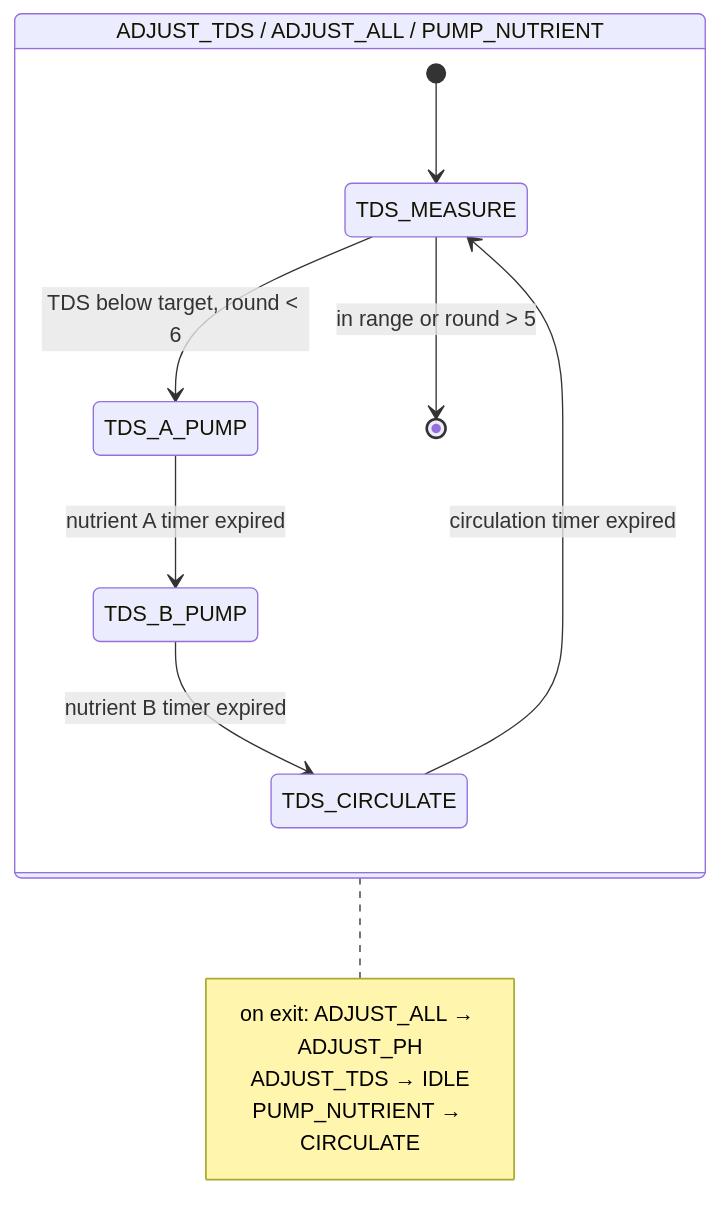
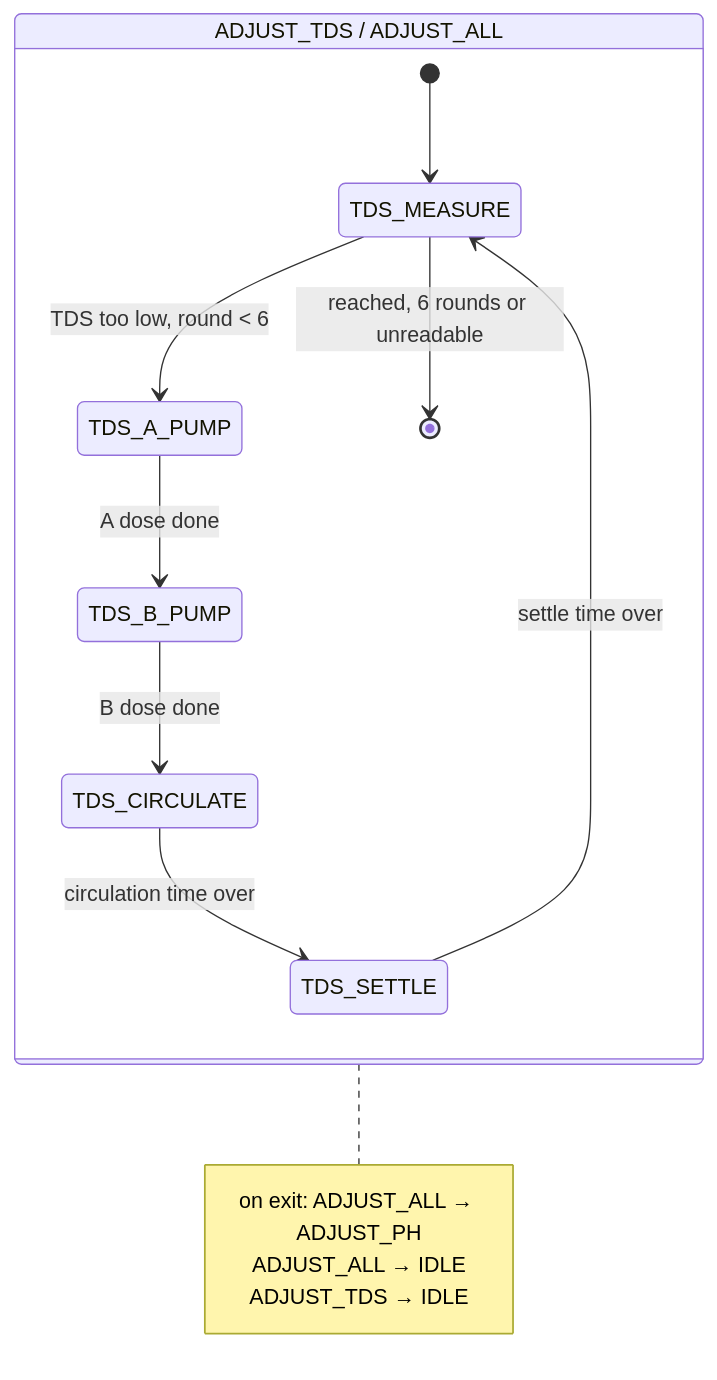
The third of 3 diagrams in tla/README.md (gadgetmies/nutrient-mixer), drawn with Mermaid before and after one commit. The commit also changed other lines of this file and 6 other files, not shown here.

````diff
--- a/tla/README.md
+++ b/tla/README.md
@@ -91,14 +110,15 @@
 ```mermaid
 stateDiagram-v2
-    state "ADJUST_TDS / ADJUST_ALL / PUMP_NUTRIENT" as SUB {
+    state "ADJUST_TDS / ADJUST_ALL" as SUB {
     [*] --> TDS_MEASURE
-    TDS_A_PUMP --> TDS_B_PUMP: nutrient A timer expired
-    TDS_B_PUMP --> TDS_CIRCULATE: nutrient B timer expired
-    TDS_CIRCULATE --> TDS_MEASURE: circulation timer expired
-    TDS_MEASURE --> TDS_A_PUMP: TDS below target, round < 6
-    TDS_MEASURE --> [*]: in range or round > 5
+    TDS_A_PUMP --> TDS_B_PUMP: A dose done
+    TDS_B_PUMP --> TDS_CIRCULATE: B dose done
+    TDS_CIRCULATE --> TDS_SETTLE: circulation time over
+    TDS_MEASURE --> TDS_A_PUMP: TDS too low, round < 6
+    TDS_SETTLE --> TDS_MEASURE: settle time over
+    TDS_MEASURE --> [*]: reached, 6 rounds or unreadable
     }
     note right of SUB
-        on exit: ADJUST_ALL → ADJUST_PH<br/>ADJUST_TDS → IDLE<br/>PUMP_NUTRIENT → CIRCULATE
+        on exit: ADJUST_ALL → ADJUST_PH<br/>ADJUST_ALL → IDLE<br/>ADJUST_TDS → IDLE
     end note
 ```
````
